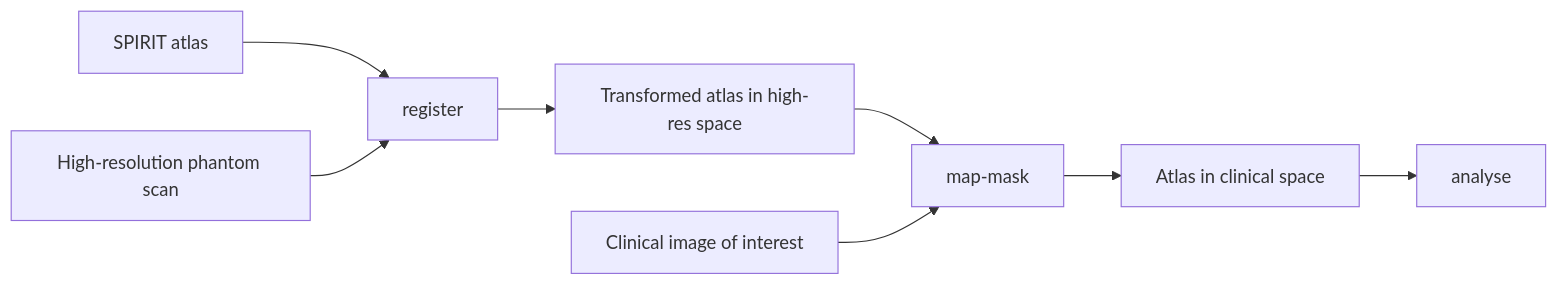
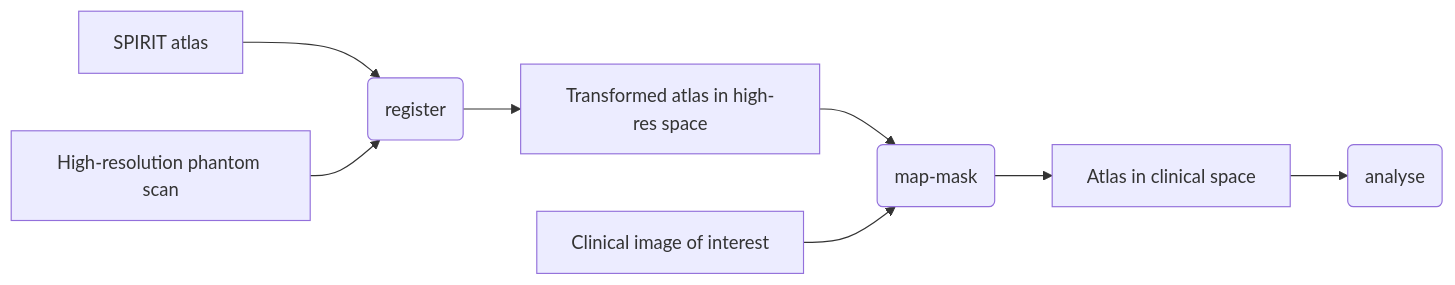
One commit to gold-standard-phantoms/spirit-phantom changed the diagram in README.md. Above: the diagram before and after it, drawn with Mermaid. The commit also changed 1 other file, not shown here.

Commit message:
docs: use rounded mermaid nodes for CLI actions
Keep artefacts as rectangles and draw register, map-mask, and analyse
as rounded boxes so the workflow figure distinguishes data from commands.

````diff
--- a/README.md
+++ b/README.md
@@ -7,19 +7,19 @@
 ```mermaid
 flowchart LR
   atlas[SPIRIT atlas]
   hires[High-resolution phantom scan]
-  registerCmd["register"]
+  registerCmd("register")
   transformed[Transformed atlas in high-res space]
   clinical[Clinical image of interest]
-  transfer["map-mask"]
+  transfer("map-mask")
   mapped[Atlas in clinical space]
-  analyseCmd[analyse]
+  analyseCmd("analyse")
 
   atlas --> registerCmd
   hires --> registerCmd
   registerCmd --> transformed
   transformed --> transfer
   clinical --> transfer
   transfer --> mapped
   mapped --> analyseCmd
 ```
````
